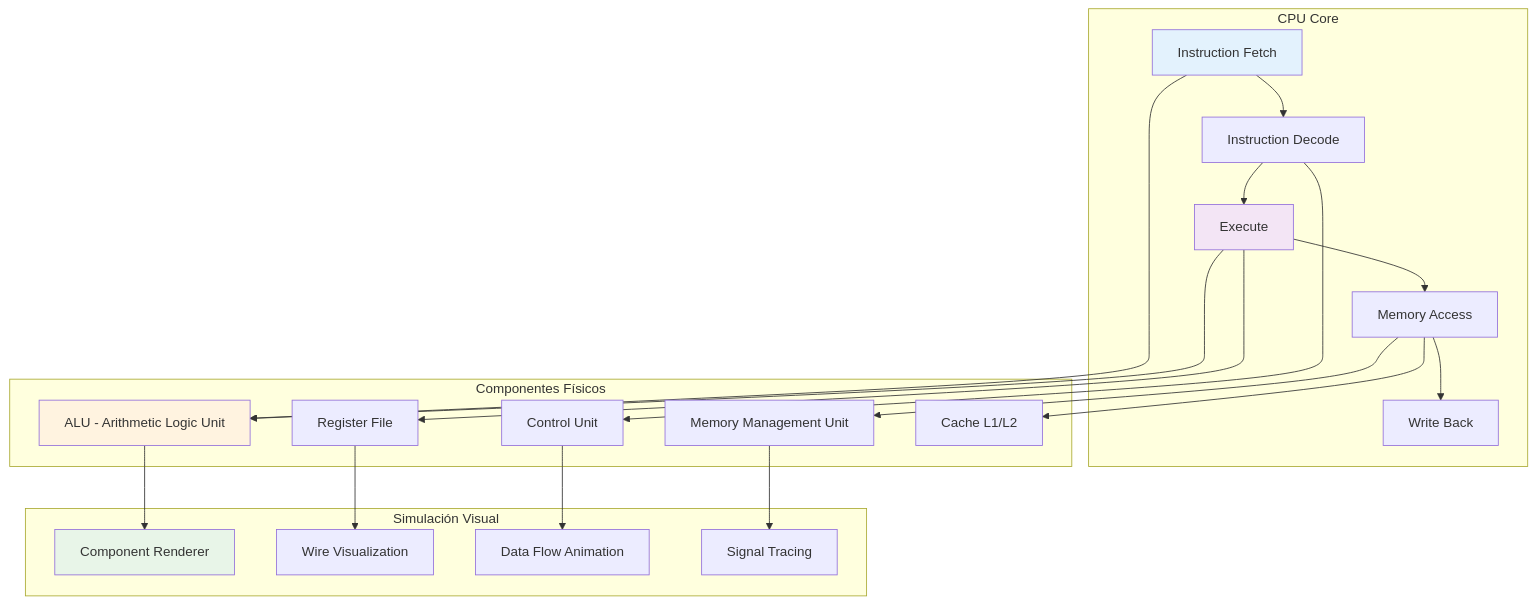
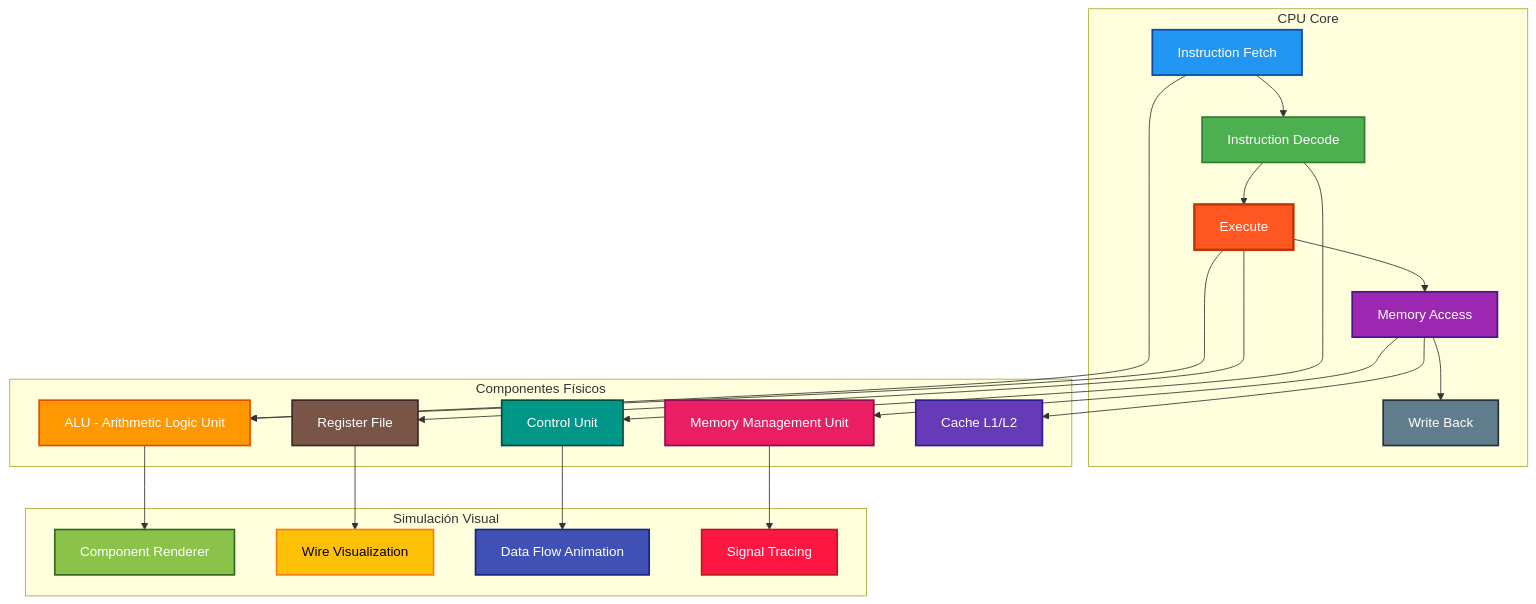
One commit to felipesanchez-dev/LLMs changed the eighth of 13 diagrams in README.md. Above: the diagram before and after it, drawn with Mermaid. The commit also changed other lines of this file, not shown here.

Commit message:
feat: Mejorar estilos de diagramas en el README para mayor contraste y visibilidad

````diff
--- a/README.md
+++ b/README.md
@@ -444,41 +417,54 @@
 ```mermaid
 graph TB
     subgraph "CPU Core"
         A[Instruction Fetch] --> B[Instruction Decode]
         B --> C[Execute]
         C --> D[Memory Access]
         D --> E[Write Back]
     end
 
     subgraph "Componentes Físicos"
         F[ALU - Arithmetic Logic Unit]
         G[Register File]
         H[Control Unit]
         I[Memory Management Unit]
         J[Cache L1/L2]
     end
 
     subgraph "Simulación Visual"
         K[Component Renderer]
         L[Wire Visualization]
         M[Data Flow Animation]
         N[Signal Tracing]
     end
 
     A --> F
     B --> H
     C --> F
     C --> G
     D --> I
     D --> J
 
     F --> K
     G --> L
     H --> M
     I --> N
 
-    style A fill:#e3f2fd
-    style C fill:#f3e5f5
-    style F fill:#fff3e0
-    style K fill:#e8f5e8
+    %% Estilos mejorados con mejor contraste
+    style A fill:#2196F3,stroke:#0D47A1,stroke-width:2px,color:#ffffff
+    style B fill:#4CAF50,stroke:#2E7D32,stroke-width:2px,color:#ffffff
+    style C fill:#FF5722,stroke:#BF360C,stroke-width:3px,color:#ffffff
+    style D fill:#9C27B0,stroke:#4A148C,stroke-width:2px,color:#ffffff
+    style E fill:#607D8B,stroke:#263238,stroke-width:2px,color:#ffffff
+    
+    style F fill:#FF9800,stroke:#E65100,stroke-width:2px,color:#ffffff
+    style G fill:#795548,stroke:#3E2723,stroke-width:2px,color:#ffffff
+    style H fill:#009688,stroke:#004D40,stroke-width:2px,color:#ffffff
+    style I fill:#E91E63,stroke:#880E4F,stroke-width:2px,color:#ffffff
+    style J fill:#673AB7,stroke:#311B92,stroke-width:2px,color:#ffffff
+    
+    style K fill:#8BC34A,stroke:#33691E,stroke-width:2px,color:#ffffff
+    style L fill:#FFC107,stroke:#F57F17,stroke-width:2px,color:#000000
+    style M fill:#3F51B5,stroke:#1A237E,stroke-width:2px,color:#ffffff
+    style N fill:#FF1744,stroke:#B71C1C,stroke-width:2px,color:#ffffff
 ```
````
